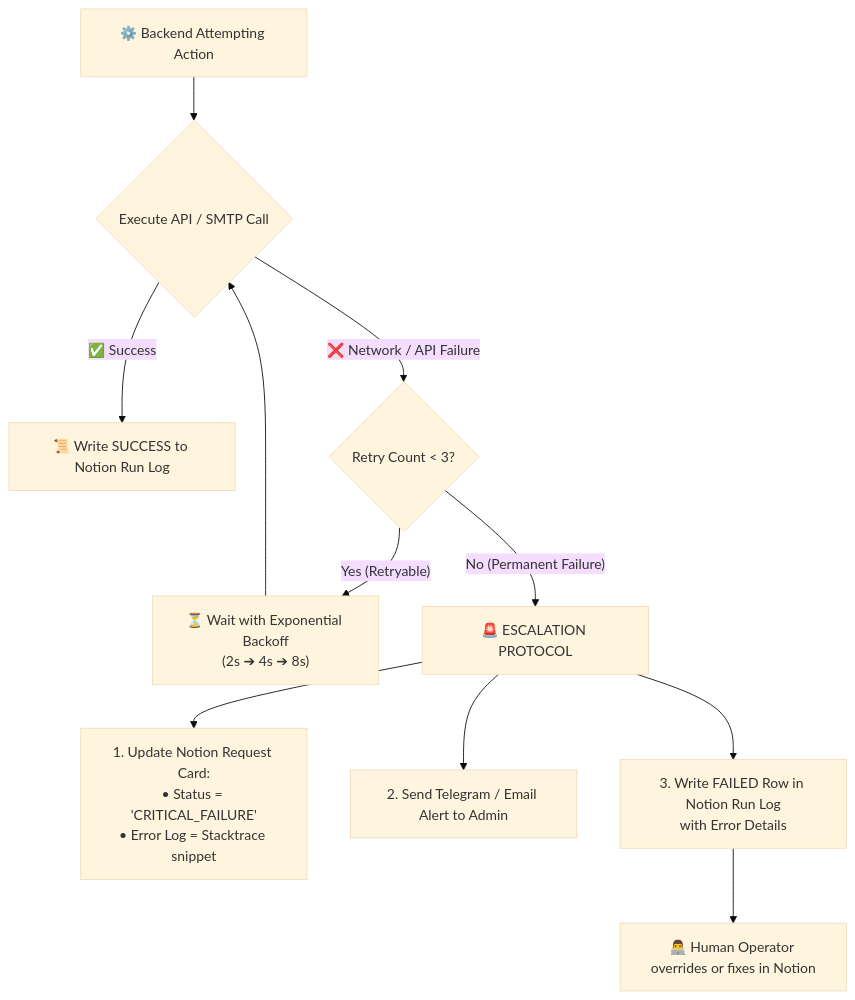
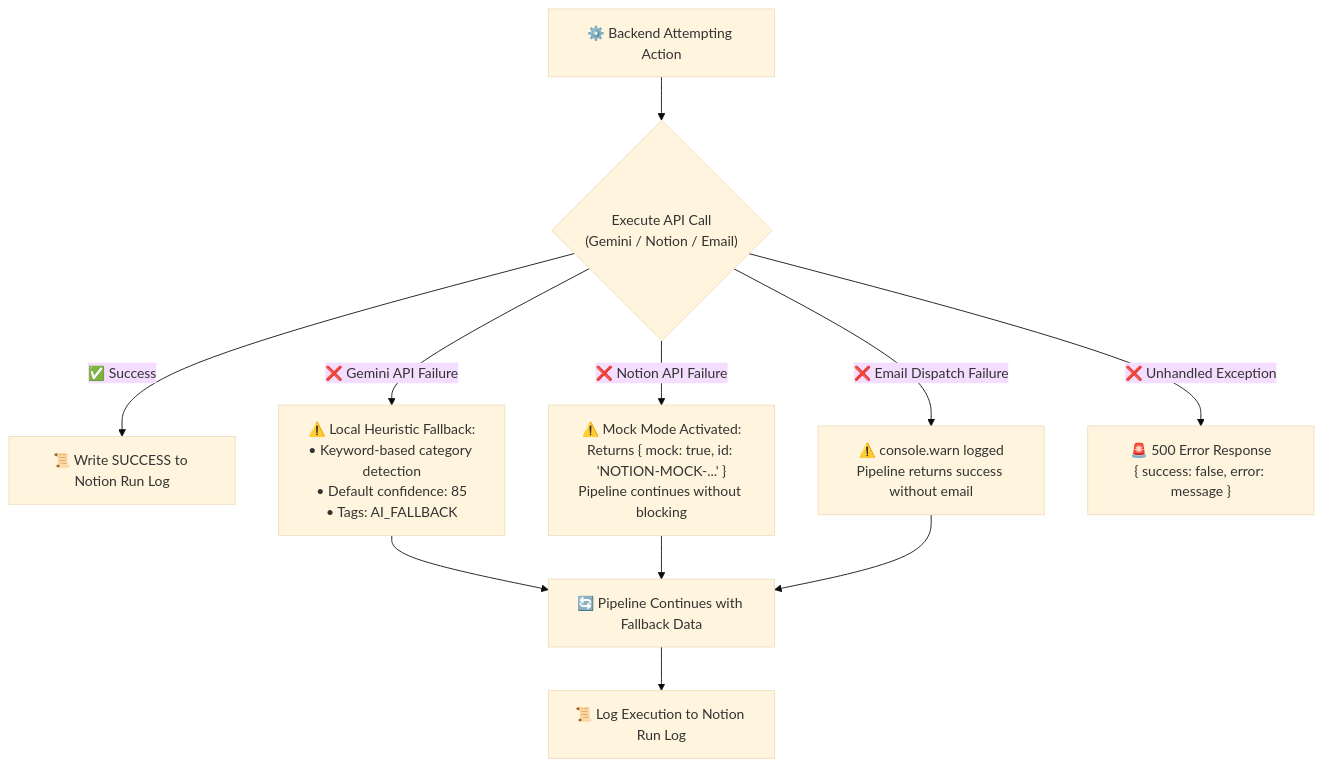
Before and after one commit to sharmaa-abhi/AutoDesk: the tenth of 12 diagrams in docs/FLOWCHARTS.md, drawn with Mermaid (base theme). The commit also changed other lines of this file and 5 other files, not shown here.

Commit message:
upgrade to Next.js 16, refactor to server-side only environment variables, and add comprehensive project documentation and flowcharts.

````diff
--- a/docs/FLOWCHARTS.md
+++ b/docs/FLOWCHARTS.md
@@ -257,21 +264,19 @@
 ```mermaid
 flowchart TD
-    Exec["⚙️ Backend Attempting Action"] --> TryAction{"Execute API / SMTP Call"}
+    Exec["⚙️ Backend Attempting Action"] --> TryAction{"Execute API Call<br/>(Gemini / Notion / Email)"}
 
     TryAction -- "✅ Success" --> LogSuccess["📜 Write SUCCESS to Notion Run Log"]
 
-    TryAction -- "❌ Network / API Failure" --> ErrorCounter{"Retry Count < 3?"}
+    TryAction -- "❌ Gemini API Failure" --> AIFallback["⚠️ Local Heuristic Fallback:<br/>• Keyword-based category detection<br/>• Default confidence: 85<br/>• Tags: AI_FALLBACK"]
+    AIFallback --> ContinuePipeline["🔄 Pipeline Continues with Fallback Data"]
 
-    ErrorCounter -- "Yes (Retryable)" --> Backoff["⏳ Wait with Exponential Backoff<br/>(2s ➔ 4s ➔ 8s)"]
-    Backoff --> TryAction
+    TryAction -- "❌ Notion API Failure" --> NotionMock["⚠️ Mock Mode Activated:<br/>Returns { mock: true, id: 'NOTION-MOCK-...' }<br/>Pipeline continues without blocking"]
+    NotionMock --> ContinuePipeline
 
-    ErrorCounter -- "No (Permanent Failure)" --> Escalation["🚨 ESCALATION PROTOCOL"]
+    TryAction -- "❌ Email Dispatch Failure" --> EmailWarn["⚠️ console.warn logged<br/>Pipeline returns success without email"]
+    EmailWarn --> ContinuePipeline
 
-    Escalation --> SetNotionFail["1. Update Notion Request Card:<br/>• Status = 'CRITICAL_FAILURE'<br/>• Error Log = Stacktrace snippet"]
+    ContinuePipeline --> LogRun["📜 Log Execution to Notion Run Log"]
 
-    Escalation --> AlertAdmin["2. Send Telegram / Email Alert to Admin"]
-
-    Escalation --> LogFail["3. Write FAILED Row in Notion Run Log<br/>with Error Details"]
-
-    LogFail --> HumanRescue["👨‍💻 Human Operator overrides or fixes in Notion"]
+    TryAction -- "❌ Unhandled Exception" --> CatchAll["🚨 500 Error Response<br/>{ success: false, error: message }"]
 ```
````
